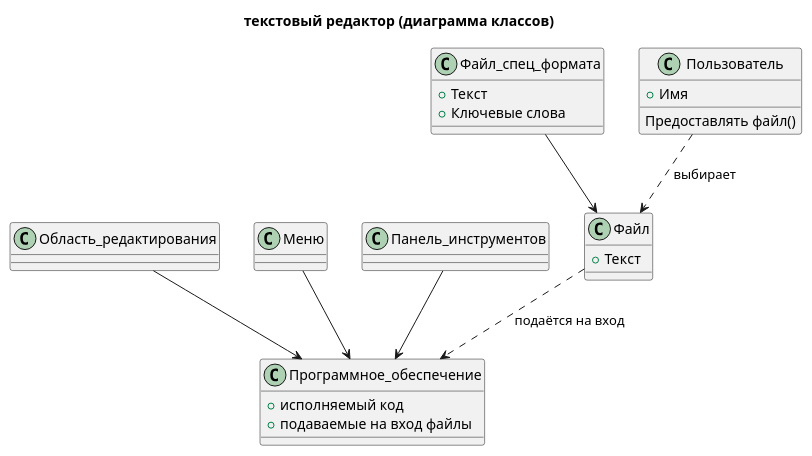
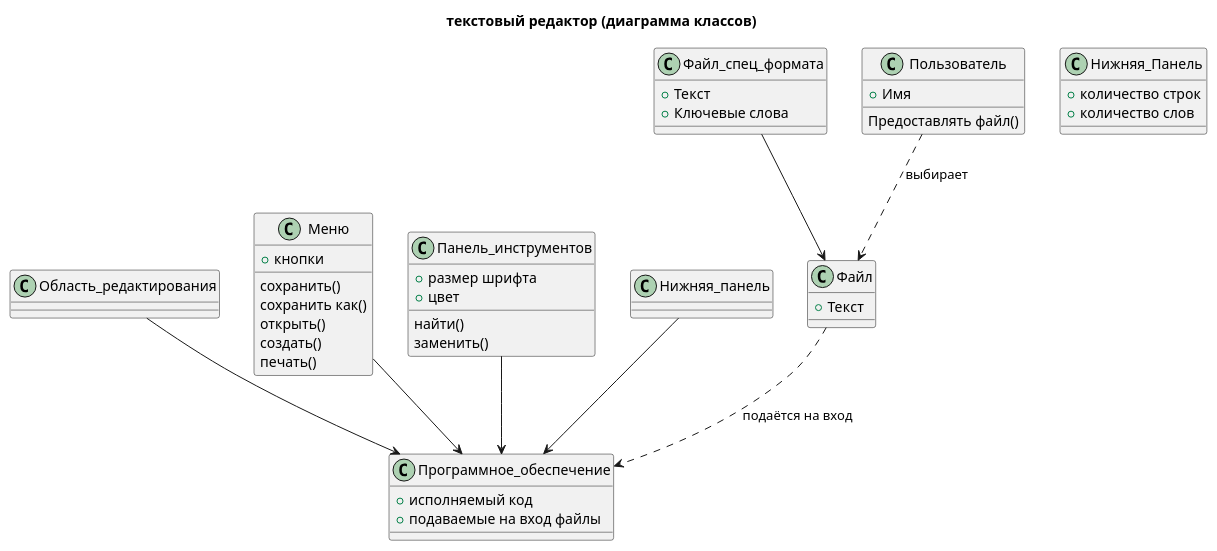
One commit to PolyanskayaP/TMP_6sem changed the second of 2 diagrams in pr1.puml. Above: the diagram before and after it, drawn with PlantUML.

```diff
--- a/pr1.puml
+++ b/pr1.puml
@@ -32,38 +32,52 @@
 @startuml
 title текстовый редактор (диаграмма классов) 
 class Файл{
 +Текст
 }
 class Файл_спец_формата{
 +Текст
 +Ключевые слова
 }
 class Пользователь{
 +Имя
 Предоставлять файл()
 }
 
 class Программное_обеспечение{
 +исполняемый код
 +подаваемые на вход файлы
 }
 
 class Область_редактирования{
 
 }
 
+class Нижняя_Панель{
++ количество строк
++ количество слов
+}
+
 class Меню{
-
++ кнопки
+сохранить()
+сохранить как()
+открыть()
+создать()
+печать()
 }
 
 class Панель_инструментов{
-
++ размер шрифта
++ цвет
+найти()
+заменить()
 }
 
 Файл_спец_формата --> Файл
 Пользователь ..> Файл: выбирает
 Файл ..> Программное_обеспечение: подаётся на вход
 Область_редактирования --> Программное_обеспечение
 Меню --> Программное_обеспечение
 Панель_инструментов --> Программное_обеспечение
+Нижняя_панель --> Программное_обеспечение
 @enduml 
```
